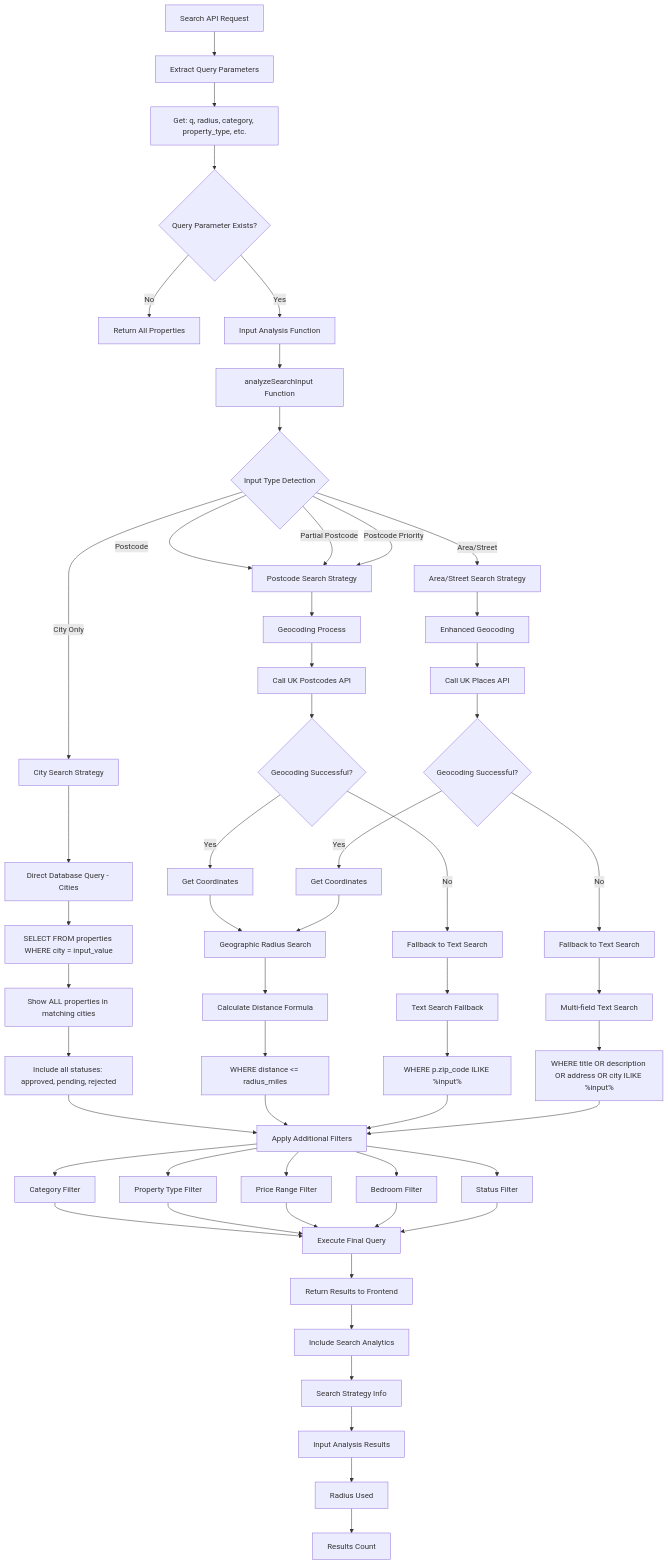
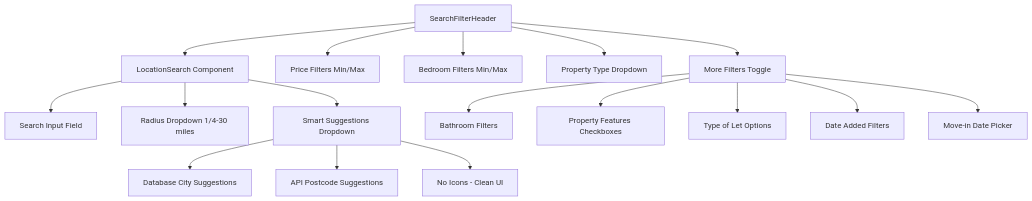
The second of 10 diagrams in PROFESSIONAL_SEARCH_FLOWCHART.md (FatemRahimi/Poperty-App), drawn with Mermaid before and after one commit. The commit also changed other lines of this file and 1 other file, not shown here.

````diff
--- a/PROFESSIONAL_SEARCH_FLOWCHART.md
+++ b/PROFESSIONAL_SEARCH_FLOWCHART.md
@@ -42,70 +25,22 @@
 ```mermaid
 flowchart TD
-    A[Search API Request] --> B[Extract Query Parameters]
-    B --> C[Get: q, radius, category, property_type, etc.]
+    A[SearchFilterHeader] --> B[LocationSearch Component]
+    A --> C[Price Filters Min/Max]
+    A --> D[Bedroom Filters Min/Max]
+    A --> E[Property Type Dropdown]
+    A --> F[More Filters Toggle]
     
-    C --> D{Query Parameter Exists?}
-    D -->|No| E[Return All Properties]
-    D -->|Yes| F[Input Analysis Function]
+    B --> G[Search Input Field]
+    B --> H[Radius Dropdown 1/4-30 miles]
+    B --> I[Smart Suggestions Dropdown]
     
-    F --> G[analyzeSearchInput Function]
-    G --> H{Input Type Detection}
+    F --> J[Bathroom Filters]
+    F --> K[Property Features Checkboxes]
+    F --> L[Type of Let Options]
+    F --> M[Date Added Filters]
+    F --> N[Move-in Date Picker]
     
-    H -->|City Only| I[City Search Strategy]
-    H -->|Postcode| J[Postcode Search Strategy]
-    H -->|Partial Postcode| J
-    H -->|Postcode Priority| J
-    H -->|Area/Street| K[Area/Street Search Strategy]
-    
-    I --> L[Direct Database Query - Cities]
-    L --> M[SELECT FROM properties WHERE city = input_value]
-    M --> N[Show ALL properties in matching cities]
-    N --> O[Include all statuses: approved, pending, rejected]
-    O --> GG[Apply Additional Filters]
-    
-    J --> P[Geocoding Process]
-    P --> Q[Call UK Postcodes API]
-    Q --> R{Geocoding Successful?}
-    R -->|Yes| S[Get Coordinates]
-    R -->|No| T[Fallback to Text Search]
-    
-    S --> U[Geographic Radius Search]
-    U --> V[Calculate Distance Formula]
-    V --> W[WHERE distance <= radius_miles]
-    
-    T --> X[Text Search Fallback]
-    X --> Y[WHERE p.zip_code ILIKE %input%]
-    
-    K --> Z[Enhanced Geocoding]
-    Z --> AA[Call UK Places API]
-    AA --> BB{Geocoding Successful?}
-    BB -->|Yes| CC[Get Coordinates]
-    BB -->|No| DD[Fallback to Text Search]
-    
-    CC --> U
-    DD --> EE[Multi-field Text Search]
-    EE --> FF[WHERE title OR description OR address OR city ILIKE %input%]
-    
-    W --> GG
-    Y --> GG
-    FF --> GG
-    
-    GG --> HH[Category Filter]
-    GG --> II[Property Type Filter]
-    GG --> JJ[Price Range Filter]
-    GG --> KK[Bedroom Filter]
-    GG --> LL[Status Filter]
-    
-    HH --> MM[Execute Final Query]
-    II --> MM
-    JJ --> MM
-    KK --> MM
-    LL --> MM
-    
-    MM --> NN[Return Results to Frontend]
-    NN --> OO[Include Search Analytics]
-    OO --> PP[Search Strategy Info]
-    PP --> QQ[Input Analysis Results]
-    QQ --> RR[Radius Used]
-    RR --> SS[Results Count]
+    I --> O[Database City Suggestions]
+    I --> P[API Postcode Suggestions]
+    I --> Q[No Icons - Clean UI]
 ```
````
